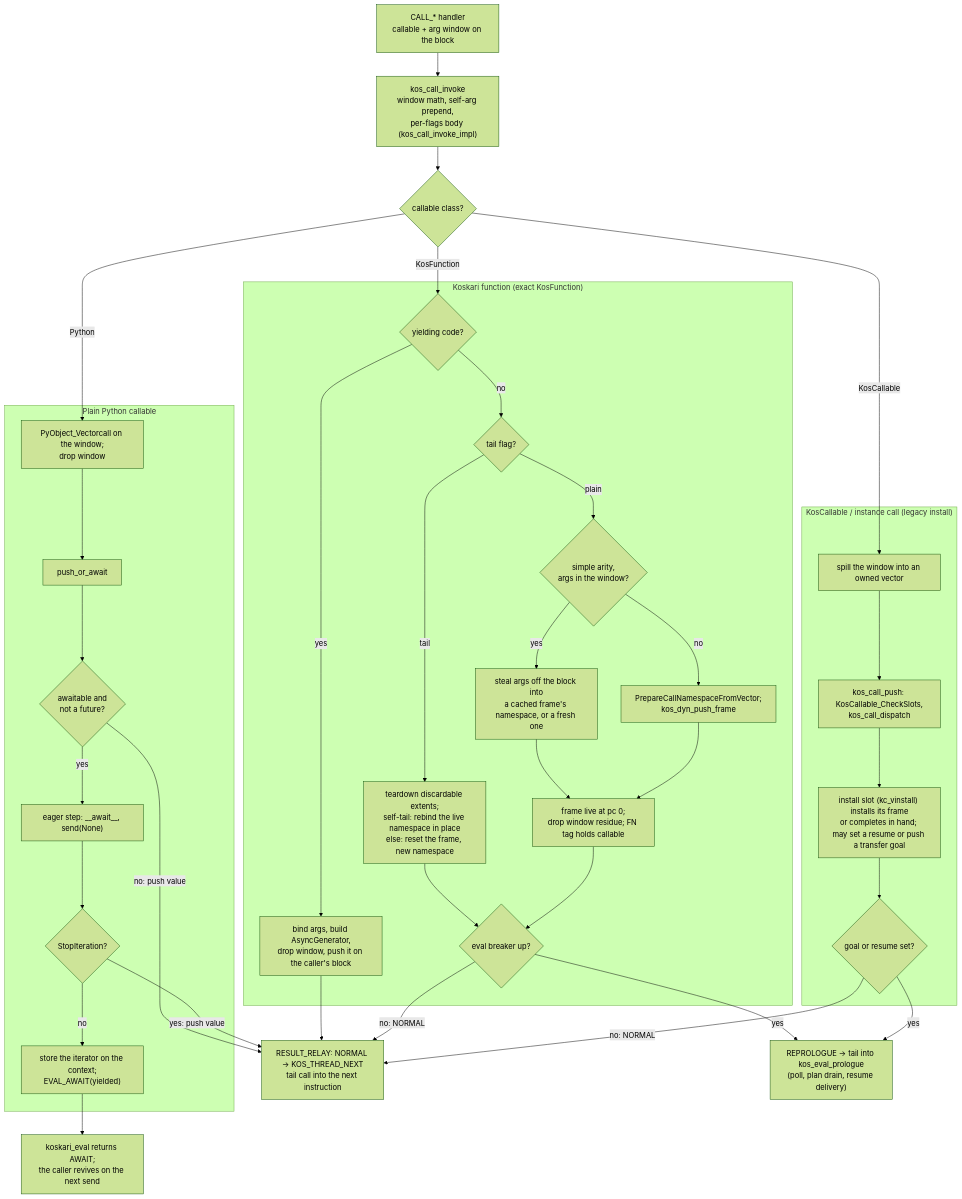
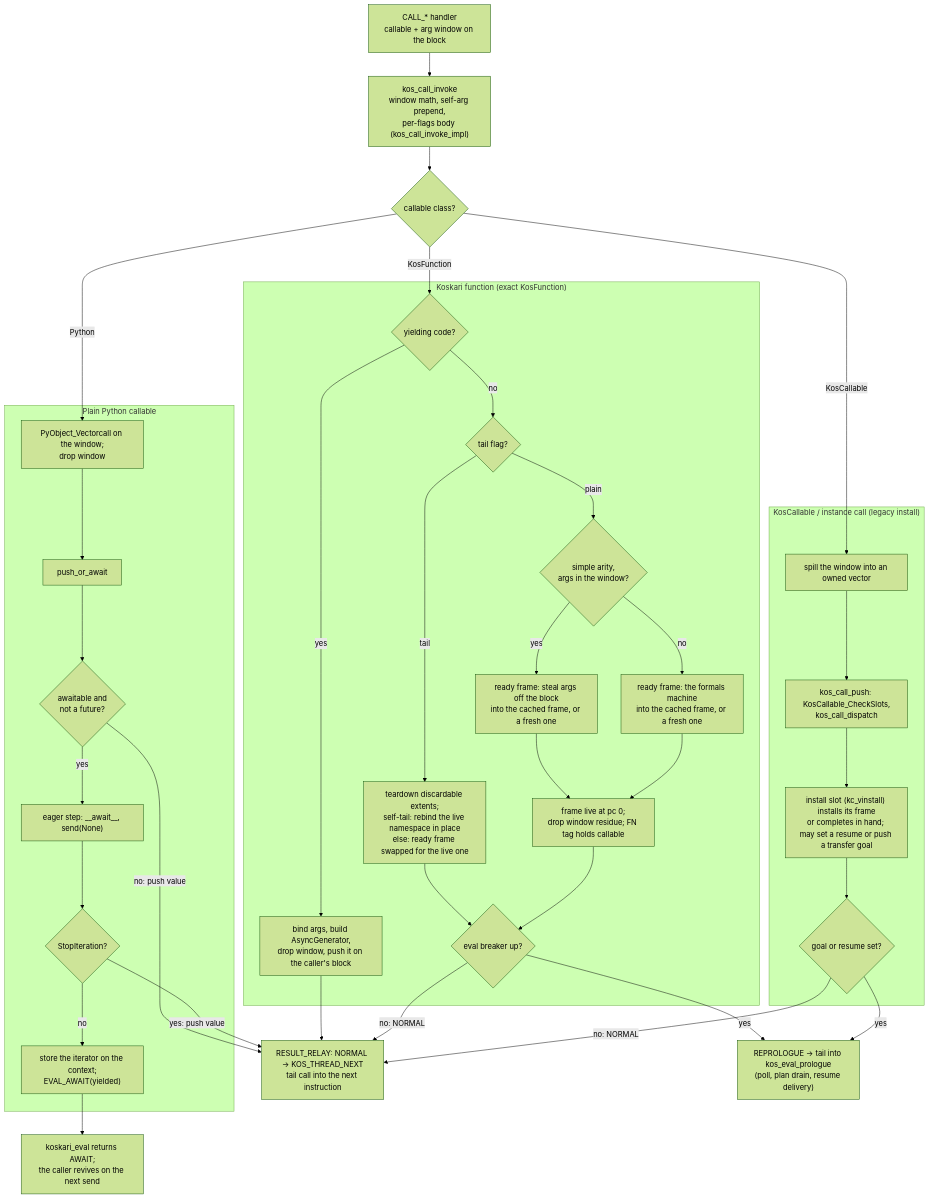
One commit to koskari-lang/koskari changed diagram 11 of 12 in design/EVALUATOR.md. Above: the diagram before and after it, drawn with Mermaid (forest theme). The commit also changed other lines of this file and 15 other files, not shown here.

First line of the commit message:
Give every function call its frame through one ready-frame core

````diff
--- a/design/EVALUATOR.md
+++ b/design/EVALUATOR.md
@@ -1218,60 +1226,60 @@
 ```mermaid
 flowchart TD
     op["CALL_* handler<br/>callable + arg window on the block"]
     inv["kos_call_invoke<br/>window math, self-arg prepend,<br/>per-flags body (kos_call_invoke_impl)"]
     cls{"callable class?"}
 
     subgraph kos["Koskari function (exact KosFunction)"]
         gen{"yielding code?"}
         agen["bind args, build AsyncGenerator,<br/>drop window, push it on the caller's block"]
         arity{"tail flag?"}
-        tail["teardown discardable extents;<br/>self-tail: rebind the live namespace in place<br/>else: reset the frame, new namespace"]
+        tail["teardown discardable extents;<br/>self-tail: rebind the live namespace in place<br/>else: ready frame swapped for the live one"]
         simple{"simple arity,<br/>args in the window?"}
-        steal["steal args off the block into<br/>a cached frame's namespace, or a fresh one"]
-        general["PrepareCallNamespaceFromVector;<br/>kos_dyn_push_frame"]
+        steal["ready frame: steal args off the block<br/>into the cached frame, or a fresh one"]
+        general["ready frame: the formals machine<br/>into the cached frame, or a fresh one"]
         inst["frame live at pc 0;<br/>drop window residue; FN tag holds callable"]
         coop{"eval breaker up?"}
     end
 
     subgraph py["Plain Python callable"]
         vc["PyObject_Vectorcall on the window;<br/>drop window"]
         poa["push_or_await"]
         aw{"awaitable and<br/>not a future?"}
         eager["eager step: __await__, send(None)"]
         done{"StopIteration?"}
         susp["store the iterator on the context;<br/>EVAL_AWAIT(yielded)"]
     end
 
     subgraph legacy["KosCallable / instance call (legacy install)"]
         spill["spill the window into an owned vector"]
         kcall["kos_call_push: KosCallable_CheckSlots,<br/>kos_call_dispatch"]
         slot["install slot (kc_vinstall) installs its frame<br/>or completes in hand; may set a resume or push a transfer goal"]
         pending{"goal or resume set?"}
     end
 
     relay["RESULT_RELAY: NORMAL → KOS_THREAD_NEXT<br/>tail call into the next instruction"]
     repro["REPROLOGUE → tail into kos_eval_prologue<br/>(poll, plan drain, resume delivery)"]
     exit["koskari_eval returns AWAIT;<br/>the caller revives on the next send"]
 
     op --> inv --> cls
     cls -->|KosFunction| gen
     gen -->|yes| agen --> relay
     gen -->|no| arity
     arity -->|tail| tail --> coop
     arity -->|plain| simple
     simple -->|yes| steal --> inst
     simple -->|no| general --> inst
     inst --> coop
     coop -->|no: NORMAL| relay
     coop -->|yes| repro
 
     cls -->|Python| vc --> poa --> aw
     aw -->|no: push value| relay
     aw -->|yes| eager --> done
     done -->|yes: push value| relay
     done -->|no| susp --> exit
 
     cls -->|KosCallable| spill --> kcall --> slot --> pending
     pending -->|no: NORMAL| relay
     pending -->|yes| repro
 ```
````
